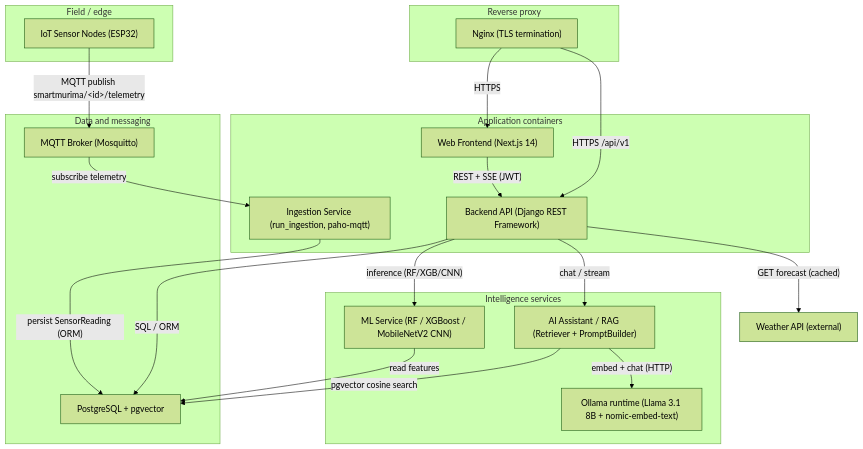
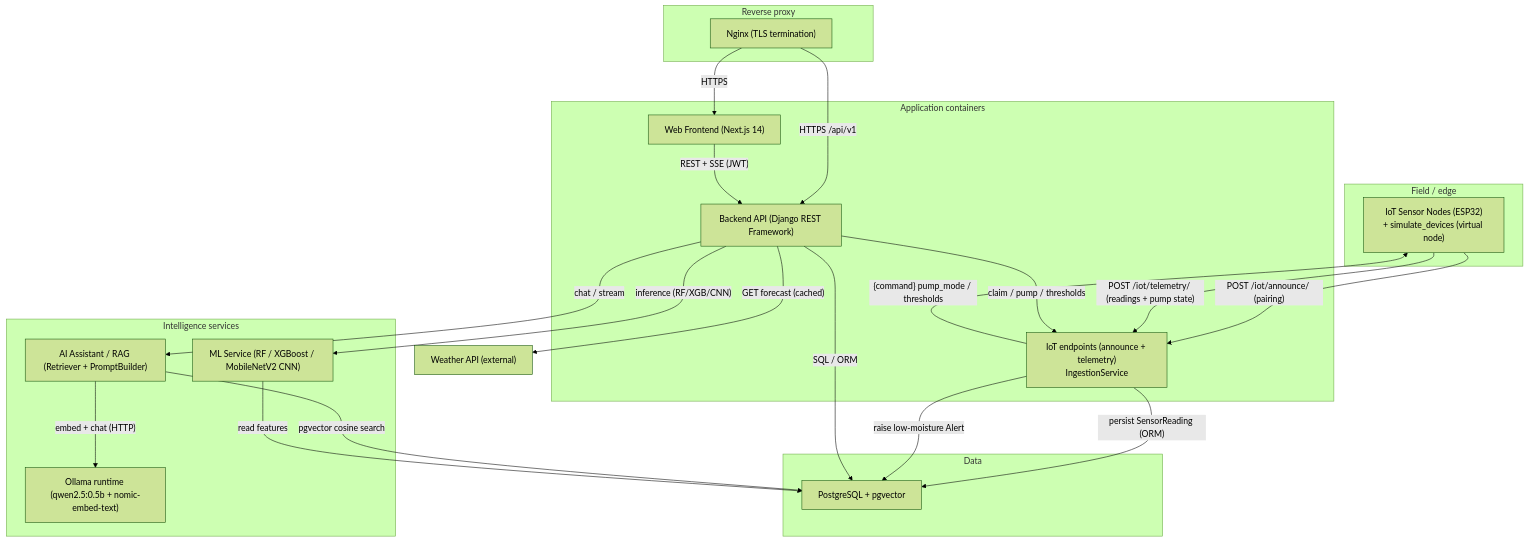
The diagram in docs/diagrams/component.md (pac-cee/smartmurima), drawn with Mermaid (forest theme) before and after one commit. The commit also changed other lines of this file and 87 other files, not shown here.

````diff
--- a/docs/diagrams/component.md
+++ b/docs/diagrams/component.md
@@ -8,46 +14,48 @@
 ```mermaid
 flowchart TB
     subgraph FIELD["Field / edge"]
-        ESP["IoT Sensor Nodes (ESP32)"]
+        ESP["IoT Sensor Nodes (ESP32)<br/>+ simulate_devices (virtual node)"]
     end
 
     subgraph EDGE["Reverse proxy"]
         NGINX["Nginx (TLS termination)"]
     end
 
     subgraph APP["Application containers"]
         FE["Web Frontend (Next.js 14)"]
         BE["Backend API (Django REST Framework)"]
-        ING["Ingestion Service (run_ingestion, paho-mqtt)"]
+        IOT["IoT endpoints (announce + telemetry)<br/>IngestionService"]
     end
 
     subgraph INTEL["Intelligence services"]
         ML["ML Service (RF / XGBoost / MobileNetV2 CNN)"]
         RAGSVC["AI Assistant / RAG (Retriever + PromptBuilder)"]
-        OLLAMA["Ollama runtime (Llama 3.1 8B + nomic-embed-text)"]
+        OLLAMA["Ollama runtime (qwen2.5:0.5b + nomic-embed-text)"]
     end
 
-    subgraph DATA["Data and messaging"]
+    subgraph DATA["Data"]
         DB["PostgreSQL + pgvector"]
-        MQTT["MQTT Broker (Mosquitto)"]
     end
 
     WAPI["Weather API (external)"]
 
-    ESP -->|"MQTT publish smartmurima/&lt;id&gt;/telemetry"| MQTT
-    MQTT -->|"subscribe telemetry"| ING
-    ING -->|"persist SensorReading (ORM)"| DB
+    ESP -->|"POST /iot/announce/ (pairing)"| IOT
+    ESP -->|"POST /iot/telemetry/ (readings + pump state)"| IOT
+    IOT -->|"{command} pump_mode / thresholds"| ESP
+    IOT -->|"persist SensorReading (ORM)"| DB
+    IOT -->|"raise low-moisture Alert"| DB
 
     NGINX -->|"HTTPS"| FE
     NGINX -->|"HTTPS /api/v1"| BE
     FE -->|"REST + SSE (JWT)"| BE
+    BE -->|"claim / pump / thresholds"| IOT
 
     BE -->|"SQL / ORM"| DB
     BE -->|"inference (RF/XGB/CNN)"| ML
     BE -->|"chat / stream"| RAGSVC
     BE -->|"GET forecast (cached)"| WAPI
 
     RAGSVC -->|"pgvector cosine search"| DB
     RAGSVC -->|"embed + chat (HTTP)"| OLLAMA
     ML -->|"read features"| DB
 ```
````
